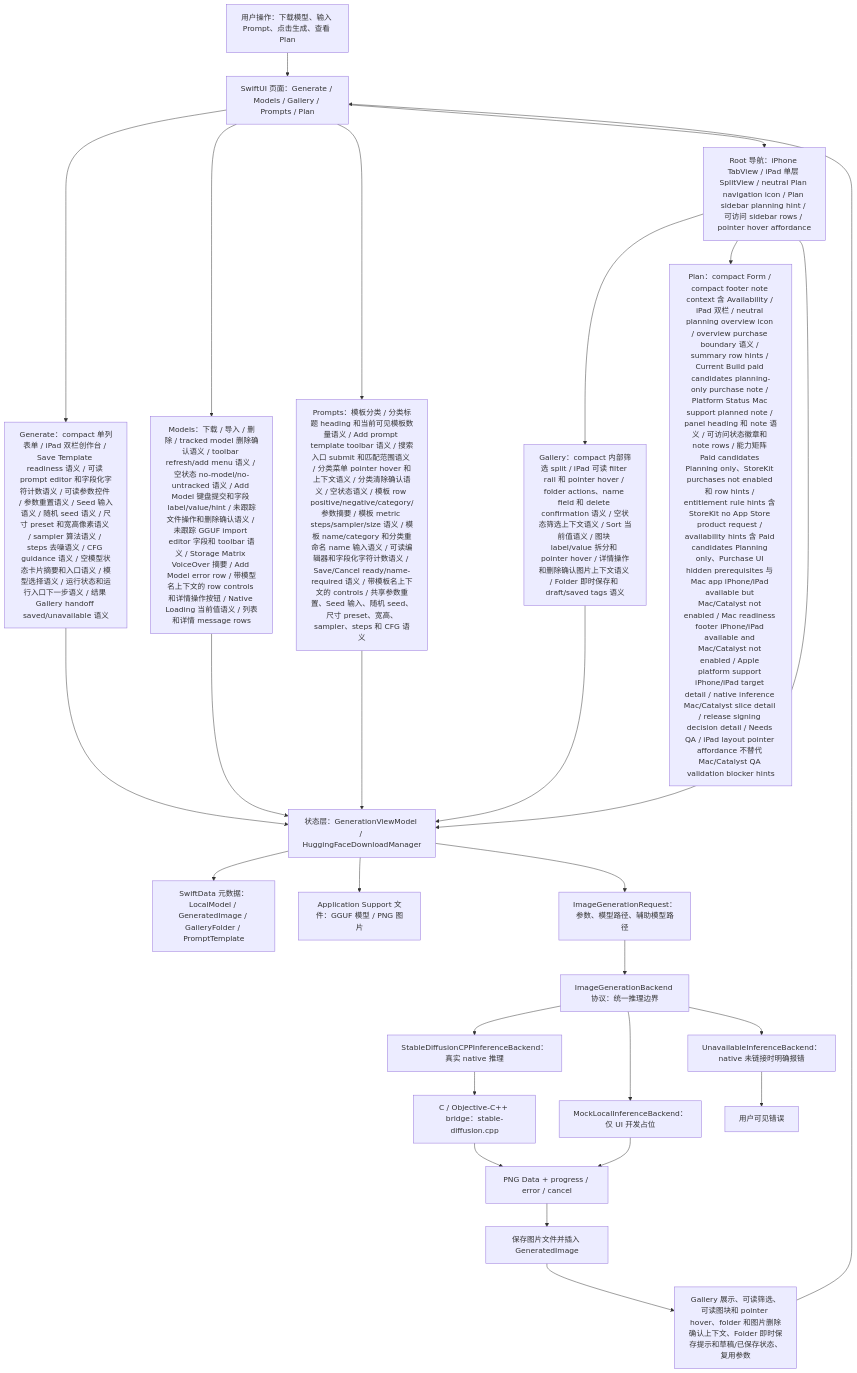
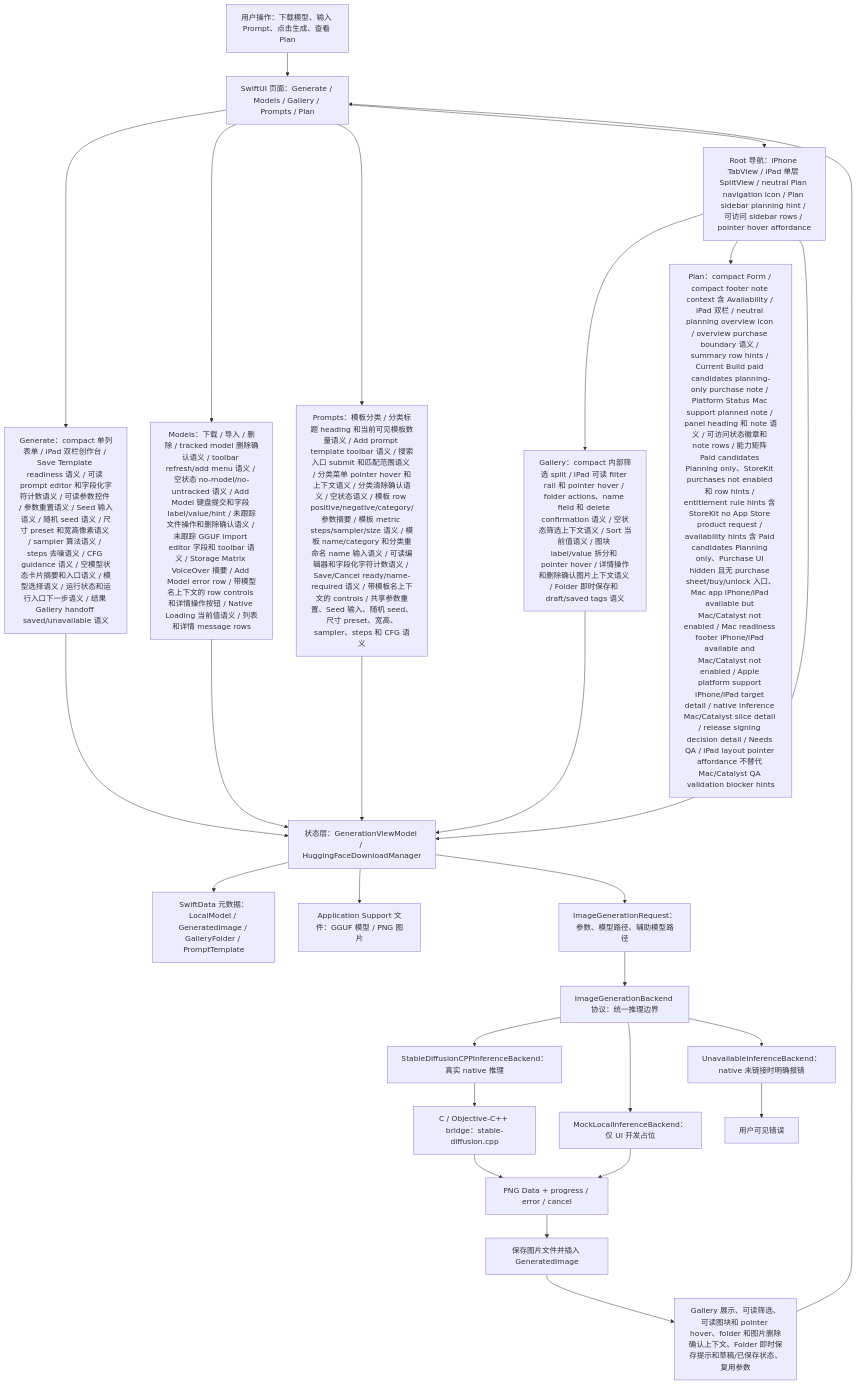
Before and after one commit to Altman-sam114/118: the first of 7 diagrams in md/flow/flowchart.md, drawn with Mermaid. The commit also changed 5 other files, not shown here.

First line of the commit message:
v1.111: Plan Purchase UI boundary semantics

````diff
--- a/md/flow/flowchart.md
+++ b/md/flow/flowchart.md
@@ -9,29 +9,29 @@
 ```mermaid
 flowchart TD
   U["用户操作：下载模型、输入 Prompt、点击生成、查看 Plan"] --> UI["SwiftUI 页面：Generate / Models / Gallery / Prompts / Plan"]
   UI --> GENUI["Generate：compact 单列表单 / iPad 双栏创作台 / Save Template readiness 语义 / 可读 prompt editor 和字段化字符计数语义 / 可读参数控件 / 参数重置语义 / Seed 输入语义 / 随机 seed 语义 / 尺寸 preset 和宽高像素语义 / sampler 算法语义 / steps 去噪语义 / CFG guidance 语义 / 空模型状态卡片摘要和入口语义 / 模型选择语义 / 运行状态和运行入口下一步语义 / 结果 Gallery handoff saved/unavailable 语义"]
   UI --> MODELUI["Models：下载 / 导入 / 删除 / tracked model 删除确认语义 / toolbar refresh/add menu 语义 / 空状态 no-model/no-untracked 语义 / Add Model 键盘提交和字段 label/value/hint / 未跟踪文件操作和删除确认语义 / 未跟踪 GGUF import editor 字段和 toolbar 语义 / Storage Matrix VoiceOver 摘要 / Add Model error row / 带模型名上下文的 row controls 和详情操作按钮 / Native Loading 当前值语义 / 列表和详情 message rows"]
   UI --> PROMPTUI["Prompts：模板分类 / 分类标题 heading 和当前可见模板数量语义 / Add prompt template toolbar 语义 / 搜索入口 submit 和匹配范围语义 / 分类菜单 pointer hover 和上下文语义 / 分类清除确认语义 / 空状态语义 / 模板 row positive/negative/category/参数摘要 / 模板 metric steps/sampler/size 语义 / 模板 name/category 和分类重命名 name 输入语义 / 可读编辑器和字段化字符计数语义 / Save/Cancel ready/name-required 语义 / 带模板名上下文的 controls / 共享参数重置、Seed 输入、随机 seed、尺寸 preset、宽高、sampler、steps 和 CFG 语义"]
   UI --> NAV["Root 导航：iPhone TabView / iPad 单层 SplitView / neutral Plan navigation icon / Plan sidebar planning hint / 可访问 sidebar rows / pointer hover affordance"]
   NAV --> GALUI["Gallery：compact 内部筛选 split / iPad 可读 filter rail 和 pointer hover / folder actions、name field 和 delete confirmation 语义 / 空状态筛选上下文语义 / Sort 当前值语义 / 图块 label/value 拆分和 pointer hover / 详情操作和删除确认图片上下文语义 / Folder 即时保存和 draft/saved tags 语义"]
-  NAV --> PLANUI["Plan：compact Form / compact footer note context 含 Availability / iPad 双栏 / neutral planning overview icon / overview purchase boundary 语义 / summary row hints / Current Build paid candidates planning-only purchase note / Platform Status Mac support planned note / panel heading 和 note 语义 / 可访问状态徽章和 note rows / 能力矩阵 Paid candidates Planning only、StoreKit purchases not enabled 和 row hints / entitlement rule hints 含 StoreKit no App Store product request / availability hints 含 Paid candidates Planning only、Purchase UI hidden prerequisites 与 Mac app iPhone/iPad available but Mac/Catalyst not enabled / Mac readiness footer iPhone/iPad available and Mac/Catalyst not enabled / Apple platform support iPhone/iPad target detail / native inference Mac/Catalyst slice detail / release signing decision detail / Needs QA / iPad layout pointer affordance 不替代 Mac/Catalyst QA validation blocker hints"]
+  NAV --> PLANUI["Plan：compact Form / compact footer note context 含 Availability / iPad 双栏 / neutral planning overview icon / overview purchase boundary 语义 / summary row hints / Current Build paid candidates planning-only purchase note / Platform Status Mac support planned note / panel heading 和 note 语义 / 可访问状态徽章和 note rows / 能力矩阵 Paid candidates Planning only、StoreKit purchases not enabled 和 row hints / entitlement rule hints 含 StoreKit no App Store product request / availability hints 含 Paid candidates Planning only、Purchase UI hidden 且无 purchase sheet/buy/unlock 入口、Mac app iPhone/iPad available but Mac/Catalyst not enabled / Mac readiness footer iPhone/iPad available and Mac/Catalyst not enabled / Apple platform support iPhone/iPad target detail / native inference Mac/Catalyst slice detail / release signing decision detail / Needs QA / iPad layout pointer affordance 不替代 Mac/Catalyst QA validation blocker hints"]
   NAV --> VM["状态层：GenerationViewModel / HuggingFaceDownloadManager"]
   GENUI --> VM
   MODELUI --> VM
   PROMPTUI --> VM
   GALUI --> VM
   VM --> SD["SwiftData 元数据：LocalModel / GeneratedImage / GalleryFolder / PromptTemplate"]
   VM --> FS["Application Support 文件：GGUF 模型 / PNG 图片"]
   VM --> REQ["ImageGenerationRequest：参数、模型路径、辅助模型路径"]
   REQ --> IFACE["ImageGenerationBackend 协议：统一推理边界"]
   IFACE --> NATIVE["StableDiffusionCPPInferenceBackend：真实 native 推理"]
   IFACE --> MOCK["MockLocalInferenceBackend：仅 UI 开发占位"]
   IFACE --> OFF["UnavailableInferenceBackend：native 未链接时明确报错"]
   NATIVE --> BRIDGE["C / Objective-C++ bridge：stable-diffusion.cpp"]
   BRIDGE --> PNG["PNG Data + progress / error / cancel"]
   MOCK --> PNG
   OFF --> ERR["用户可见错误"]
   PNG --> SAVE["保存图片文件并插入 GeneratedImage"]
   SAVE --> GALLERY["Gallery 展示、可读筛选、可读图块和 pointer hover、folder 和图片删除确认上下文、Folder 即时保存提示和草稿/已保存状态、复用参数"]
   GALLERY --> UI
 ```
````
